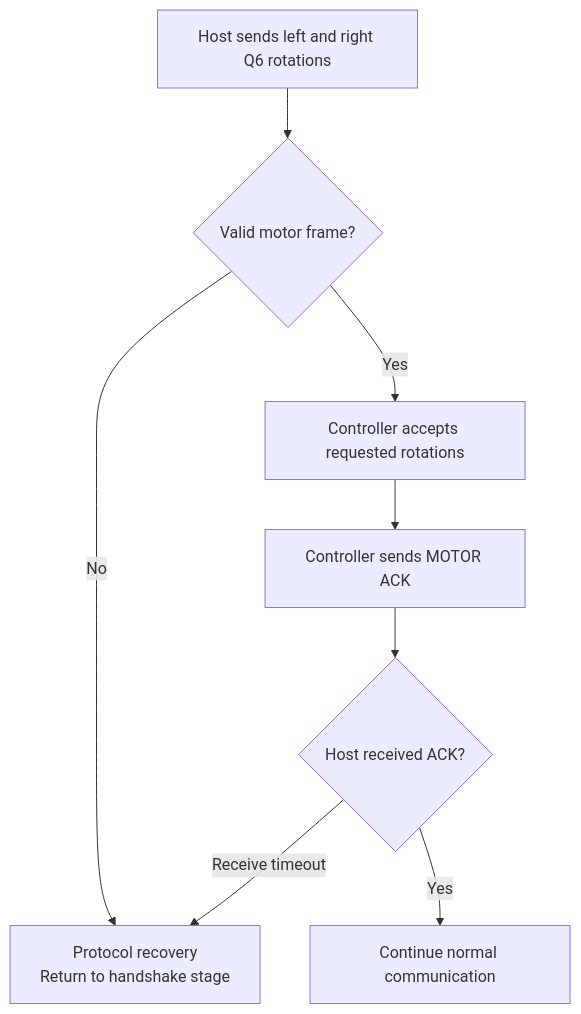
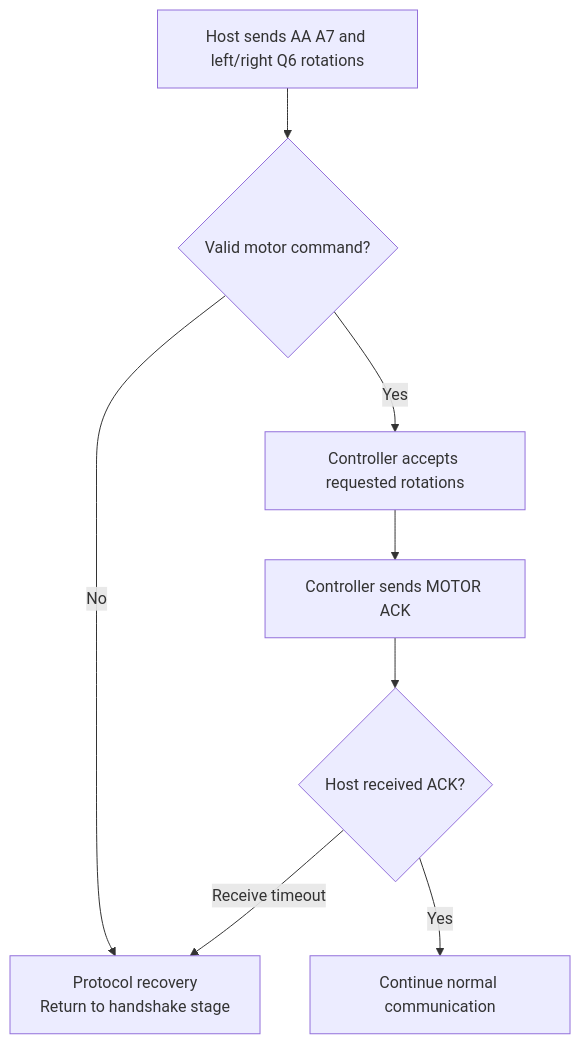
Before and after one commit to kei185/sensor-echo: the second of 6 diagrams in docs/protocol.md, drawn with Mermaid. The commit also changed 3 other files, not shown here.

Commit message:
[codex] fix: keep motor control in host commands

````diff
--- a/docs/protocol.md
+++ b/docs/protocol.md
@@ -80,10 +80,10 @@
 ```mermaid
 flowchart TD
-    command["Host sends left and right Q6 rotations"] --> validate{"Valid motor frame?"}
+    command["Host sends AA A7 and left/right Q6 rotations"] --> validate{"Valid motor command?"}
     validate -- No --> recover["Protocol recovery<br/>Return to handshake stage"]
     validate -- Yes --> accept["Controller accepts requested rotations"]
     accept --> ack["Controller sends MOTOR ACK"]
     ack --> host{"Host received ACK?"}
     host -- Yes --> active["Continue normal communication"]
     host -- Receive timeout --> recover
 ```
````
